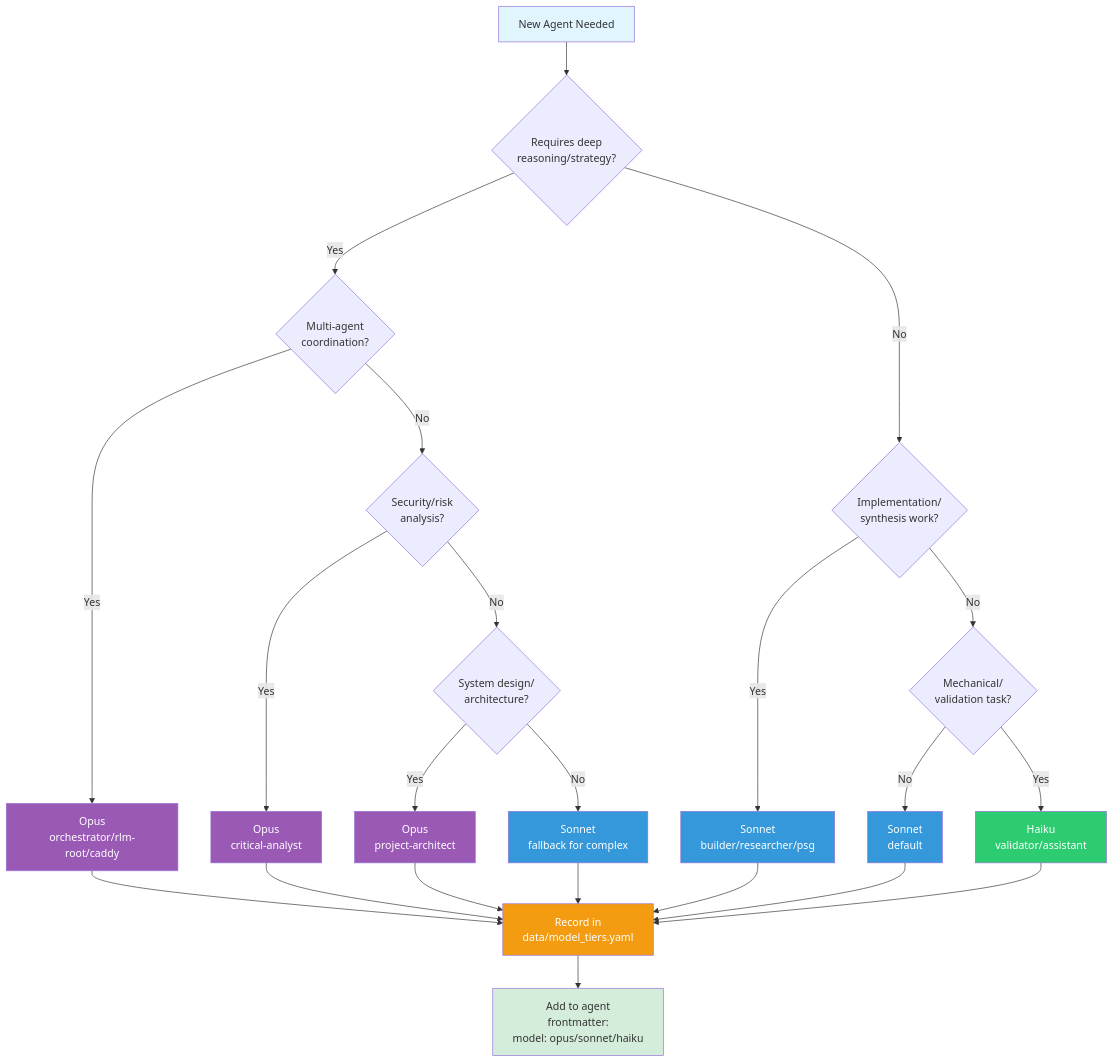
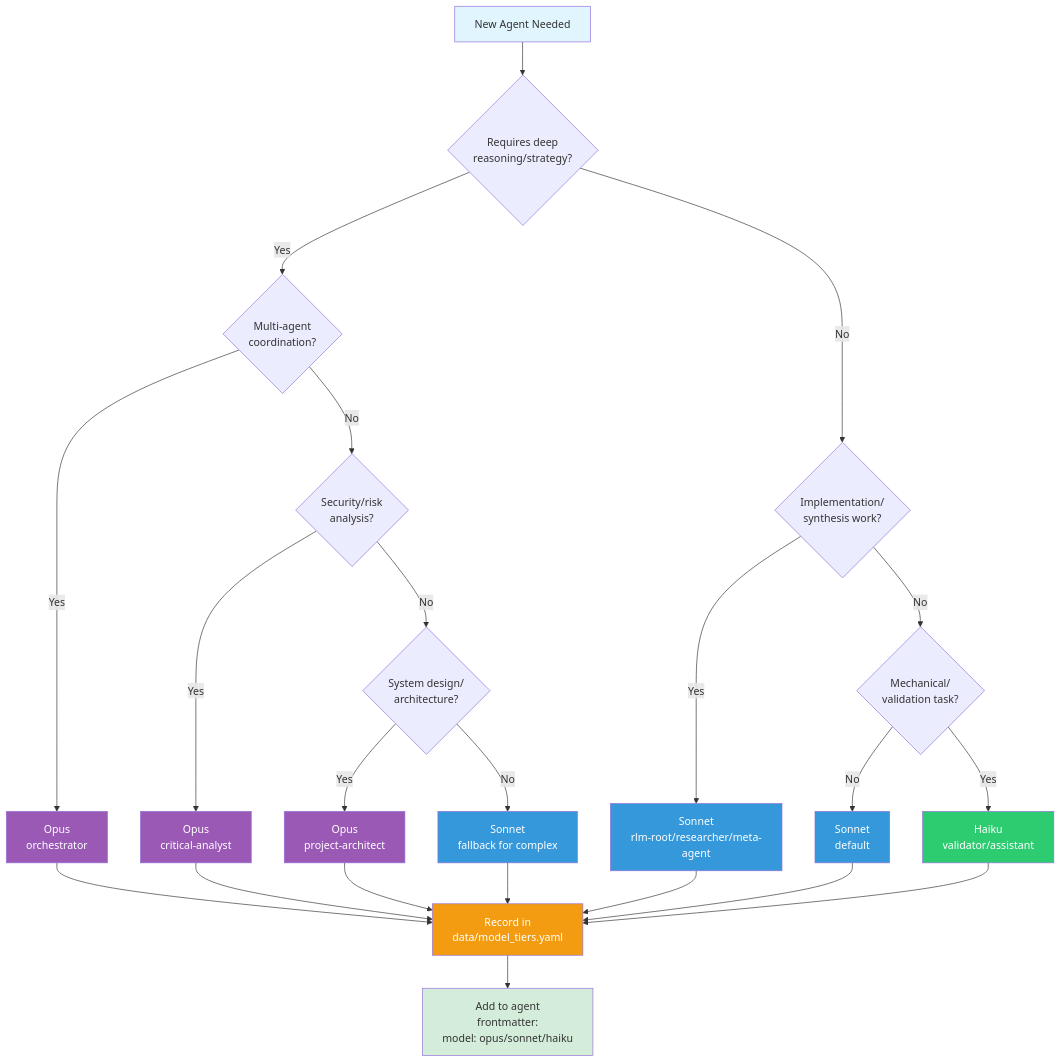
The fourth of 4 diagrams in docs/ROLES_AND_RESPONSIBILITIES.md (abujiletsgo/claude-agentic-framework), drawn with Mermaid before and after one commit. The commit also changed other lines of this file and 3 other files, not shown here.

First line of the commit message:
docs: fix stale agent/hook counts, add RLM explanation, update roles doc

````diff
--- a/docs/ROLES_AND_RESPONSIBILITIES.md
+++ b/docs/ROLES_AND_RESPONSIBILITIES.md
@@ -998,39 +771,39 @@
 ```mermaid
 graph TD
     Start[New Agent Needed] --> Q1{Requires deep<br/>reasoning/strategy?}
 
     Q1 -->|Yes| Q2{Multi-agent<br/>coordination?}
-    Q2 -->|Yes| Opus1[Opus<br/>orchestrator/rlm-root/caddy]
+    Q2 -->|Yes| Opus1[Opus<br/>orchestrator]
     Q2 -->|No| Q3{Security/risk<br/>analysis?}
     Q3 -->|Yes| Opus2[Opus<br/>critical-analyst]
     Q3 -->|No| Q4{System design/<br/>architecture?}
     Q4 -->|Yes| Opus3[Opus<br/>project-architect]
     Q4 -->|No| Sonnet1[Sonnet<br/>fallback for complex]
 
     Q1 -->|No| Q5{Implementation/<br/>synthesis work?}
-    Q5 -->|Yes| Sonnet2[Sonnet<br/>builder/researcher/psg]
+    Q5 -->|Yes| Sonnet2[Sonnet<br/>rlm-root/researcher/meta-agent]
     Q5 -->|No| Q6{Mechanical/<br/>validation task?}
     Q6 -->|Yes| Haiku1[Haiku<br/>validator/assistant]
     Q6 -->|No| Sonnet3[Sonnet<br/>default]
 
     Opus1 --> Record[Record in<br/>data/model_tiers.yaml]
     Opus2 --> Record
     Opus3 --> Record
     Sonnet1 --> Record
     Sonnet2 --> Record
     Sonnet3 --> Record
     Haiku1 --> Record
 
     Record --> Frontmatter[Add to agent<br/>frontmatter:<br/>model: opus/sonnet/haiku]
 
     style Start fill:#e1f5ff
     style Opus1 fill:#9b59b6,color:#fff
     style Opus2 fill:#9b59b6,color:#fff
     style Opus3 fill:#9b59b6,color:#fff
     style Sonnet1 fill:#3498db,color:#fff
     style Sonnet2 fill:#3498db,color:#fff
     style Sonnet3 fill:#3498db,color:#fff
     style Haiku1 fill:#2ecc71,color:#fff
     style Record fill:#f39c12,color:#fff
     style Frontmatter fill:#d4edda
 ```
````
